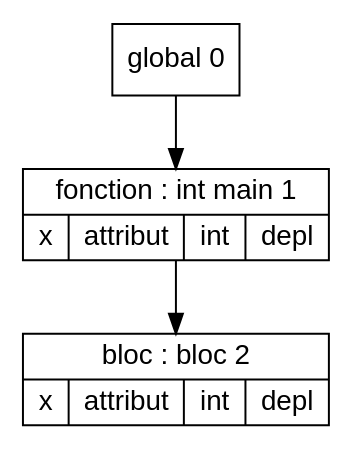
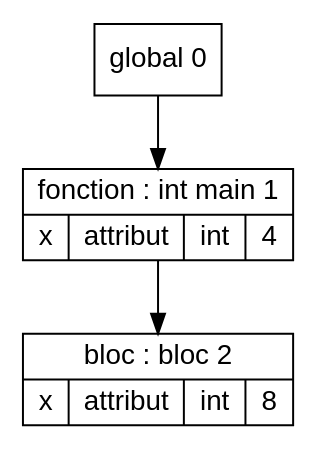
One commit to Hamza-ABDOULHOUSSEN/compil changed the diagram in Code/out/tds/dot/Test_Semantique/var_deja_def4.dot. Above: the diagram before and after it, drawn with Graphviz. The commit also changed 46 other files, not shown here.

```diff
--- a/Code/out/tds/dot/Test_Semantique/var_deja_def4.dot
+++ b/Code/out/tds/dot/Test_Semantique/var_deja_def4.dot
@@ -1,19 +1,19 @@
 digraph "tds"{
 
 	node [fontname="Arial"];
 
 	N2 [shape=record label="{ bloc : bloc  2
-	| { x | attribut | int | depl }
+	| { x | attribut | int | 8 }
 	}"];
 
 	N1 [shape=record label="{ fonction : int main 1
-	| { x | attribut | int | depl }
+	| { x | attribut | int | 4 }
 	}"];
 
 	N0 [shape=record label="{ global 0
 	}"];
 
 
 	N0 -> N1; 
 	N1 -> N2; 
 }
```
